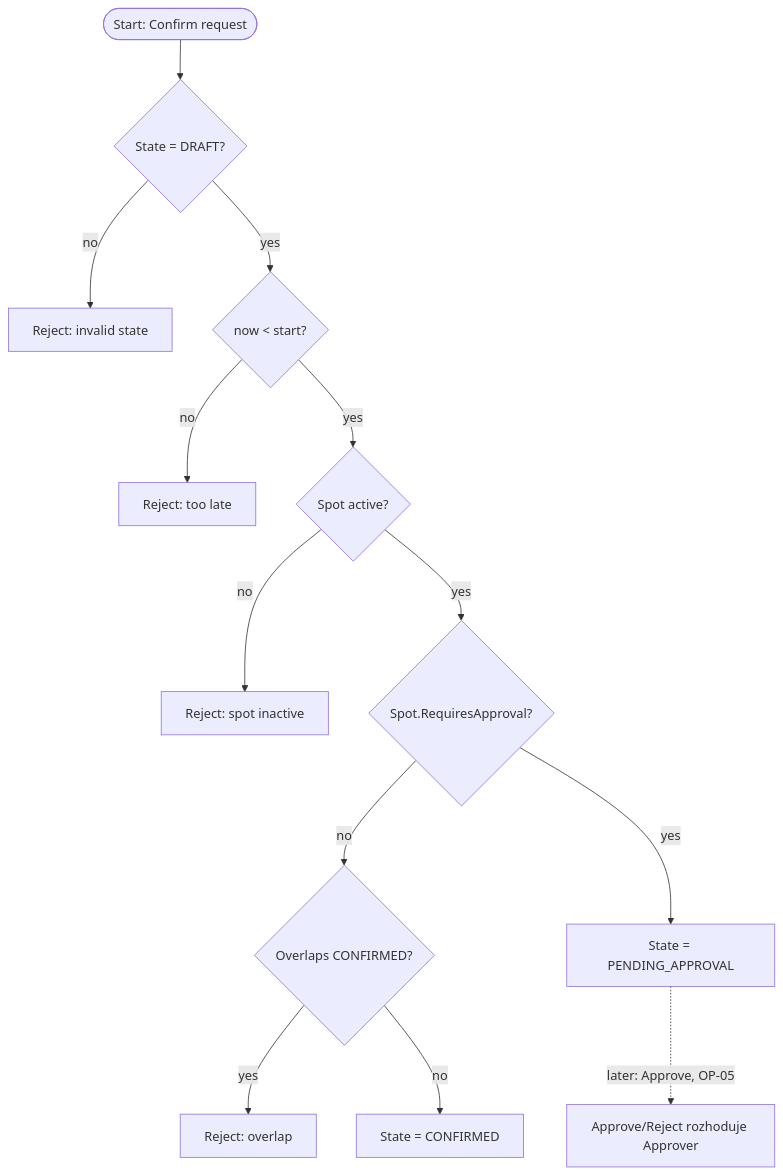
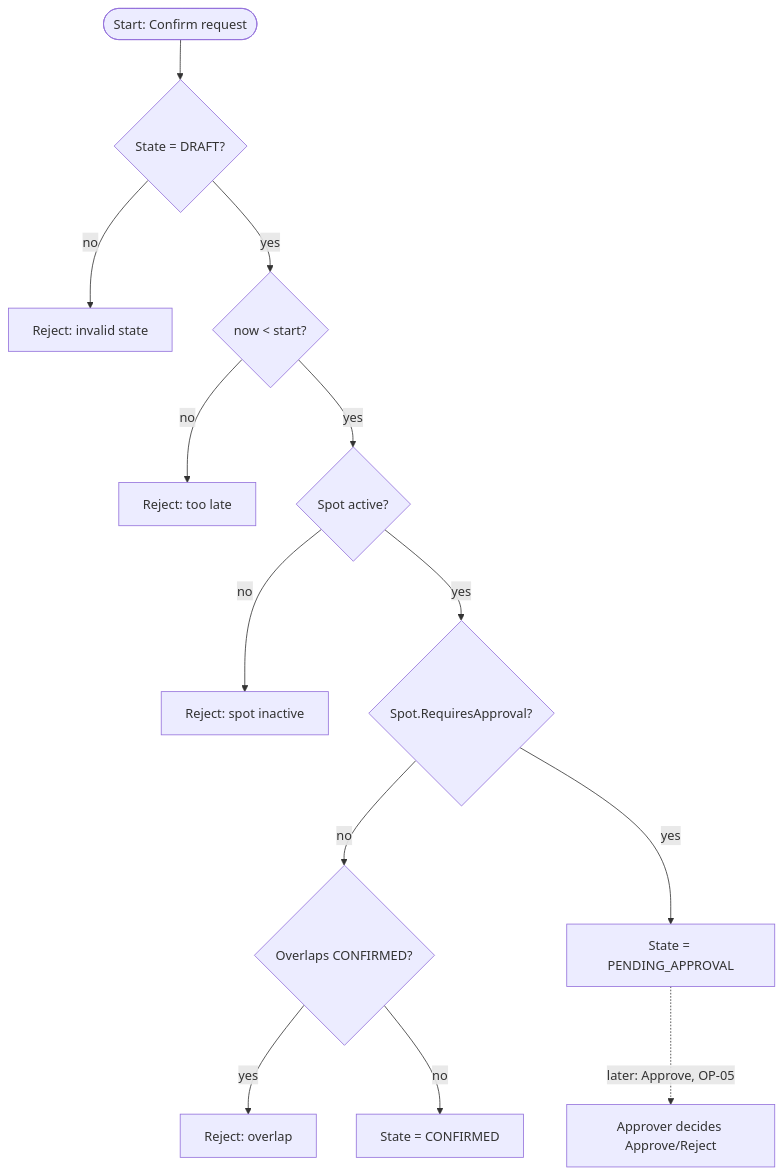
Before and after one commit to Kenimos/SWI_Project_2026: the third of 5 diagrams in docs/specification.md, drawn with Mermaid. The commit also changed other lines of this file and 30 other files, not shown here.

````diff
--- a/docs/specification.md
+++ b/docs/specification.md
@@ -445,15 +445,15 @@
 ```mermaid
 flowchart TD
     Start([Start: Confirm request]) --> CheckDraft{State = DRAFT?}
     CheckDraft -- no --> Reject1[Reject: invalid state]
     CheckDraft -- yes --> CheckTime{now < start?}
     CheckTime -- no --> Reject2[Reject: too late]
     CheckTime -- yes --> CheckActive{Spot active?}
     CheckActive -- no --> Reject3[Reject: spot inactive]
     CheckActive -- yes --> CheckApproval{Spot.RequiresApproval?}
     CheckApproval -- no --> CheckOverlap{Overlaps CONFIRMED?}
     CheckOverlap -- yes --> Reject4[Reject: overlap]
     CheckOverlap -- no --> SetConfirmed[State = CONFIRMED]
     CheckApproval -- yes --> SetPending[State = PENDING_APPROVAL]
-    SetPending -.->|later: Approve, OP-05| ApproveLater[Approve/Reject rozhoduje Approver]
+    SetPending -.->|later: Approve, OP-05| ApproveLater[Approver decides Approve/Reject]
 ```
````
